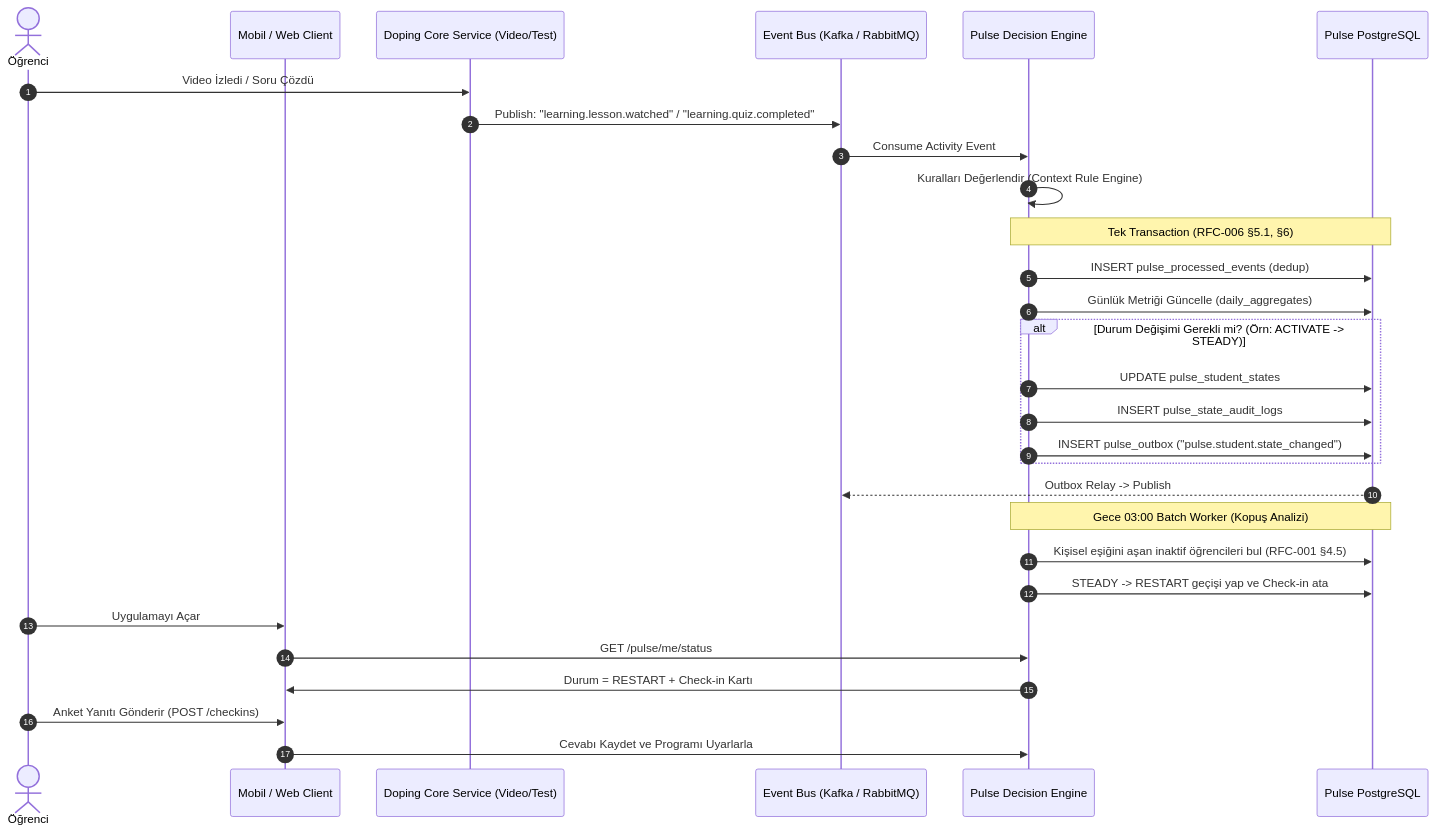
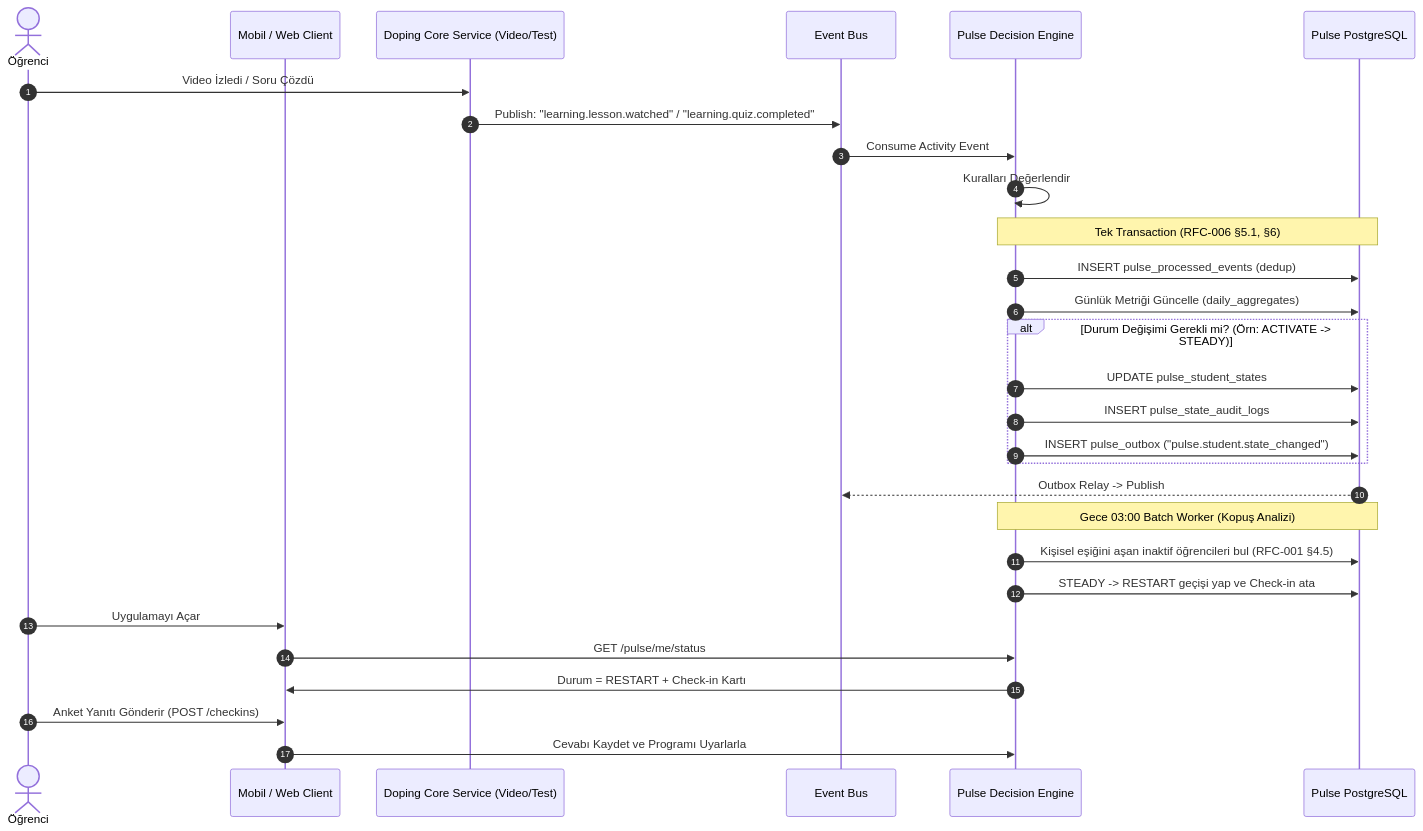
The third of 3 diagrams in docs/doping-pulse-technical-spec.md (Losdreyfedus/doping-pulse), drawn with Mermaid before and after one commit. The commit also changed other lines of this file and 9 other files, not shown here.

````diff
--- a/docs/doping-pulse-technical-spec.md
+++ b/docs/doping-pulse-technical-spec.md
@@ -360,36 +360,36 @@
 ```mermaid
 sequenceDiagram
     autonumber
     actor Student as Öğrenci
     participant App as Mobil / Web Client
     participant CoreApp as Doping Core Service (Video/Test)
-    participant Kafka as Event Bus (Kafka / RabbitMQ)
+    participant Kafka as Event Bus
     participant PulseEngine as Pulse Decision Engine
     participant PulseDB as Pulse PostgreSQL
 
     Student->>CoreApp: Video İzledi / Soru Çözdü
     CoreApp->>Kafka: Publish: "learning.lesson.watched" / "learning.quiz.completed"
     
     Kafka->>PulseEngine: Consume Activity Event
-    PulseEngine->>PulseEngine: Kuralları Değerlendir (Context Rule Engine)
+    PulseEngine->>PulseEngine: Kuralları Değerlendir
     
     Note over PulseEngine,PulseDB: Tek Transaction (RFC-006 §5.1, §6)
     PulseEngine->>PulseDB: INSERT pulse_processed_events (dedup)
     PulseEngine->>PulseDB: Günlük Metriği Güncelle (daily_aggregates)
     alt Durum Değişimi Gerekli mi? (Örn: ACTIVATE -> STEADY)
         PulseEngine->>PulseDB: UPDATE pulse_student_states
         PulseEngine->>PulseDB: INSERT pulse_state_audit_logs
         PulseEngine->>PulseDB: INSERT pulse_outbox ("pulse.student.state_changed")
     end
     PulseDB-->>Kafka: Outbox Relay -> Publish
 
     Note over PulseEngine,PulseDB: Gece 03:00 Batch Worker (Kopuş Analizi)
     PulseEngine->>PulseDB: Kişisel eşiğini aşan inaktif öğrencileri bul (RFC-001 §4.5)
     PulseEngine->>PulseDB: STEADY -> RESTART geçişi yap ve Check-in ata
 
     Student->>App: Uygulamayı Açar
     App->>PulseEngine: GET /pulse/me/status
     PulseEngine->>App: Durum = RESTART + Check-in Kartı
     Student->>App: Anket Yanıtı Gönderir (POST /checkins)
     App->>PulseEngine: Cevabı Kaydet ve Programı Uyarlarla
 ```
````
